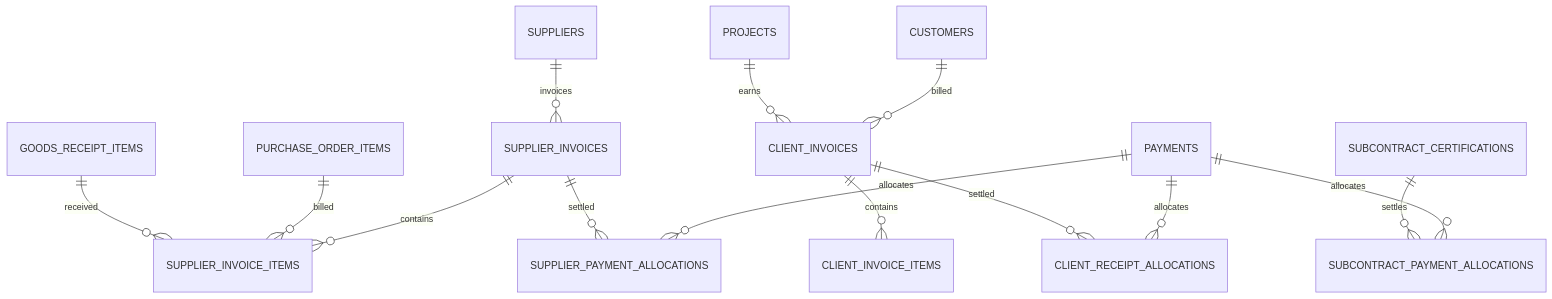
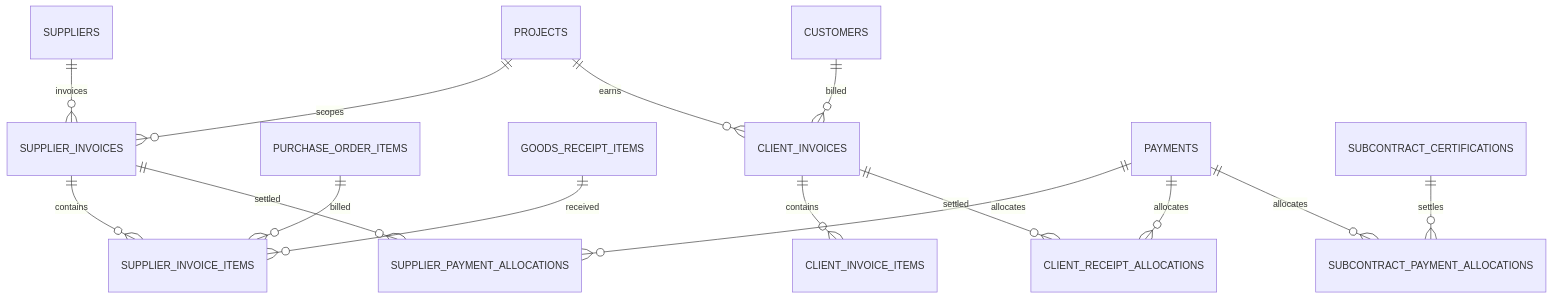
Before and after one commit to threeswordz/cinder-grind: the ninth of 13 diagrams in docs/DATABASE-ERD.md, drawn with Mermaid. The commit also changed other lines of this file and 9 other files, not shown here.

````diff
--- a/docs/DATABASE-ERD.md
+++ b/docs/DATABASE-ERD.md
@@ -1875,20 +1876,21 @@
 ```mermaid
 erDiagram
     SUPPLIERS ||--o{ SUPPLIER_INVOICES : invoices
+    PROJECTS ||--o{ SUPPLIER_INVOICES : scopes
     SUPPLIER_INVOICES ||--o{ SUPPLIER_INVOICE_ITEMS : contains
     PURCHASE_ORDER_ITEMS ||--o{ SUPPLIER_INVOICE_ITEMS : billed
     GOODS_RECEIPT_ITEMS ||--o{ SUPPLIER_INVOICE_ITEMS : received
 
     CUSTOMERS ||--o{ CLIENT_INVOICES : billed
     PROJECTS ||--o{ CLIENT_INVOICES : earns
     CLIENT_INVOICES ||--o{ CLIENT_INVOICE_ITEMS : contains
 
     PAYMENTS ||--o{ SUPPLIER_PAYMENT_ALLOCATIONS : allocates
     SUPPLIER_INVOICES ||--o{ SUPPLIER_PAYMENT_ALLOCATIONS : settled
 
     PAYMENTS ||--o{ CLIENT_RECEIPT_ALLOCATIONS : allocates
     CLIENT_INVOICES ||--o{ CLIENT_RECEIPT_ALLOCATIONS : settled
 
     PAYMENTS ||--o{ SUBCONTRACT_PAYMENT_ALLOCATIONS : allocates
     SUBCONTRACT_CERTIFICATIONS ||--o{ SUBCONTRACT_PAYMENT_ALLOCATIONS : settles
 ```
````
